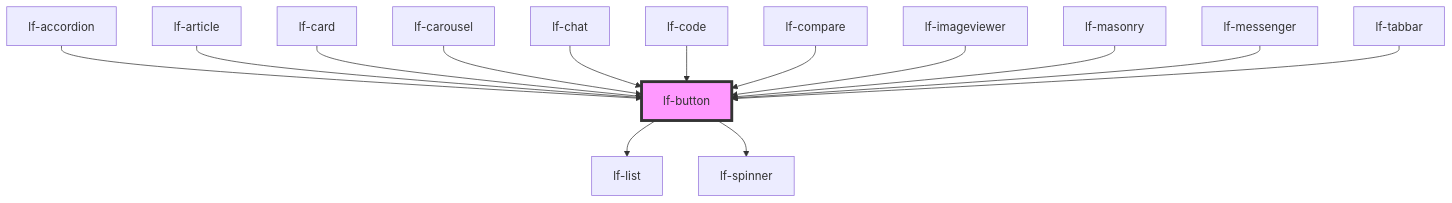
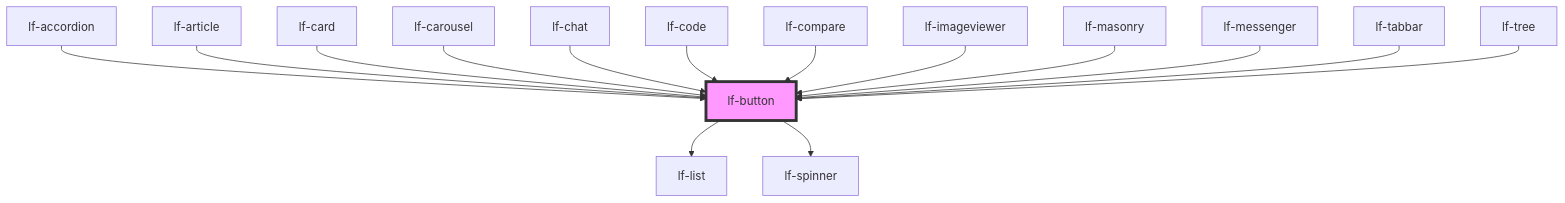
Before and after one commit to lucafoscili/lf-widgets: the diagram in packages/core/src/components/lf-button/readme.md, drawn with Mermaid. The commit also changed other lines of this file and 17 other files, not shown here.

````diff
--- a/packages/core/src/components/lf-button/readme.md
+++ b/packages/core/src/components/lf-button/readme.md
@@ -182,17 +183,18 @@
 ```mermaid
 graph TD;
   lf-button --> lf-list
   lf-button --> lf-spinner
   lf-accordion --> lf-button
   lf-article --> lf-button
   lf-card --> lf-button
   lf-carousel --> lf-button
   lf-chat --> lf-button
   lf-code --> lf-button
   lf-compare --> lf-button
   lf-imageviewer --> lf-button
   lf-masonry --> lf-button
   lf-messenger --> lf-button
   lf-tabbar --> lf-button
+  lf-tree --> lf-button
   style lf-button fill:#f9f,stroke:#333,stroke-width:4px
 ```
````
